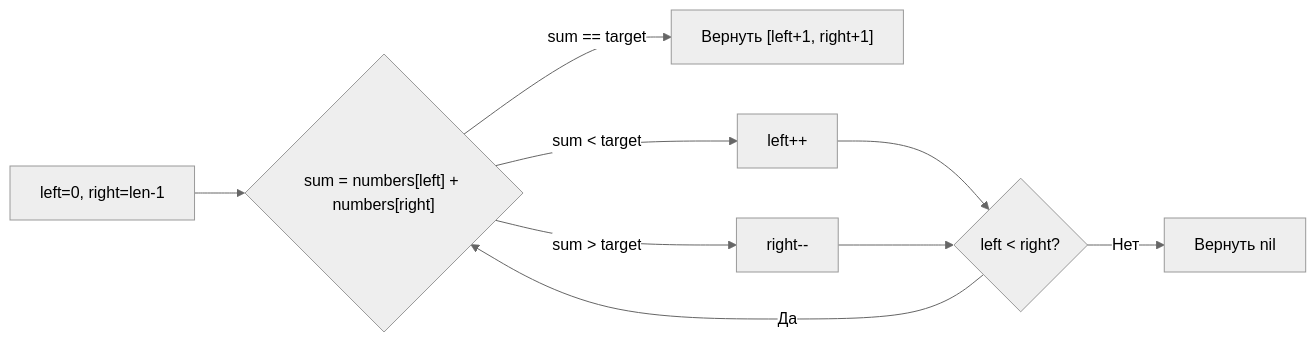
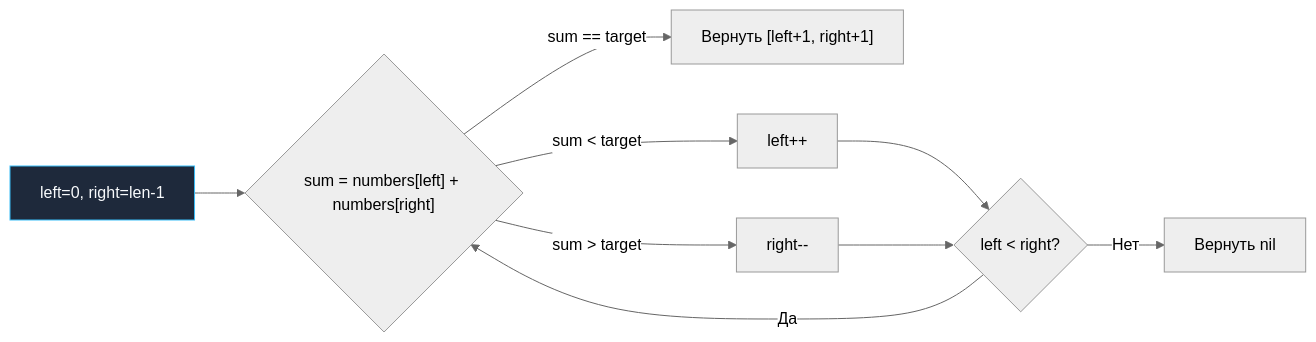
The diagram in sources/21. Задачи с LeetCode и собеседований на Go/02. Задачи/02. Два указателя/4. Two Sum II Sorted Array.md (UnrealTemplier/go-textbook), drawn with Mermaid (neutral theme) before and after one commit. The commit also changed 1666 other files, not shown here.

First line of the commit message:
feat(mermaid): add semantic color classDef to 1369 colorless flowchart/graph diagrams

````diff
--- a/sources/21. Задачи с LeetCode и собеседований на Go/02. Задачи/02. Два указателя/4. Two Sum II Sorted Array.md
+++ b/sources/21. Задачи с LeetCode и собеседований на Go/02. Задачи/02. Два указателя/4. Two Sum II Sorted Array.md
@@ -67,11 +67,21 @@
 ```mermaid
 flowchart LR
-    A["left=0, right=len-1"] --> B{"sum = numbers[left] + numbers[right]"}
+    classDef process  fill:#1e293b,stroke:#38bdf8,stroke-width:1px,color:#f8fafc
+    classDef success  fill:#064e3b,stroke:#34d399,stroke-width:1px,color:#f8fafc
+    classDef error    fill:#7f1d1d,stroke:#f87171,stroke-width:1px,color:#f8fafc
+    classDef warning  fill:#78350f,stroke:#fbbf24,stroke-width:1px,color:#f8fafc
+    classDef entry    fill:#1e3a5f,stroke:#38bdf8,stroke-width:2px,color:#f8fafc
+    classDef aux      fill:#334155,stroke:#64748b,stroke-width:1px,color:#f8fafc
+    classDef system   fill:#312e81,stroke:#a78bfa,stroke-width:1px,color:#f8fafc
+    classDef data     fill:#132d29,stroke:#2dd4bf,stroke-width:1px,color:#f8fafc
+    classDef network  fill:#881337,stroke:#fb7185,stroke-width:1px,color:#f8fafc
+    classDef accent   fill:#1e1b4b,stroke:#818cf8,stroke-width:1px,color:#f8fafc
+    A["left=0, right=len-1"]:::process --> B{"sum = numbers[left] + numbers[right]"}
     B -->|"sum == target"| C["Вернуть [left+1, right+1]"]
     B -->|"sum < target"| D["left++"]
     B -->|"sum > target"| E["right--"]
     D --> F{"left < right?"}
     E --> F
     F -->|"Да"| B
     F -->|"Нет"| G["Вернуть nil"]
 ```
````
